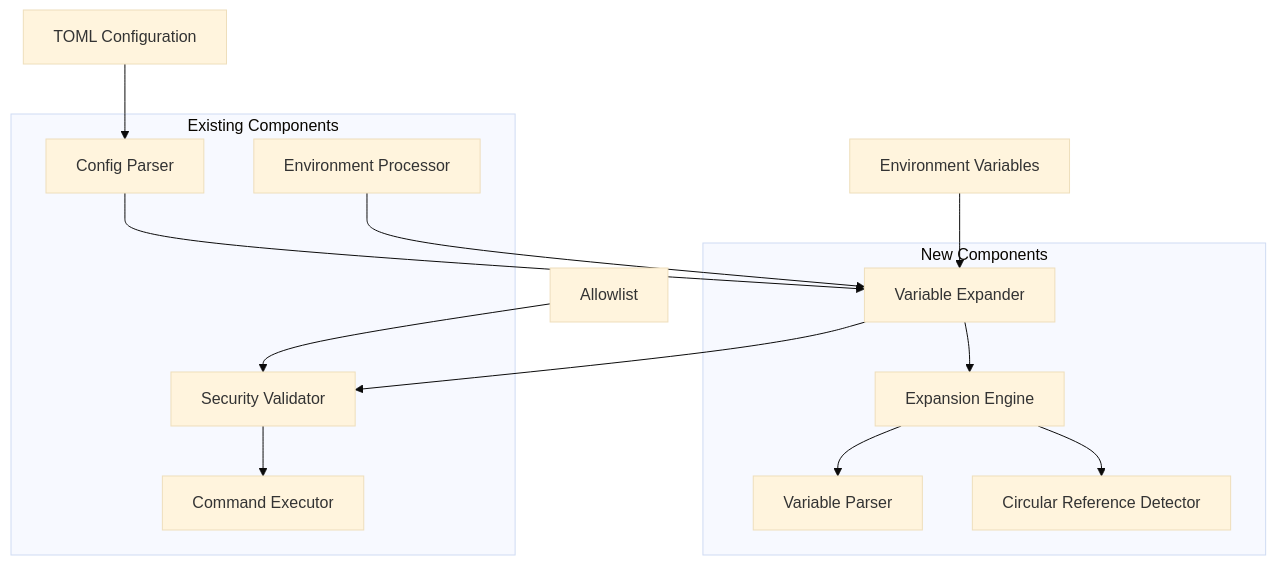
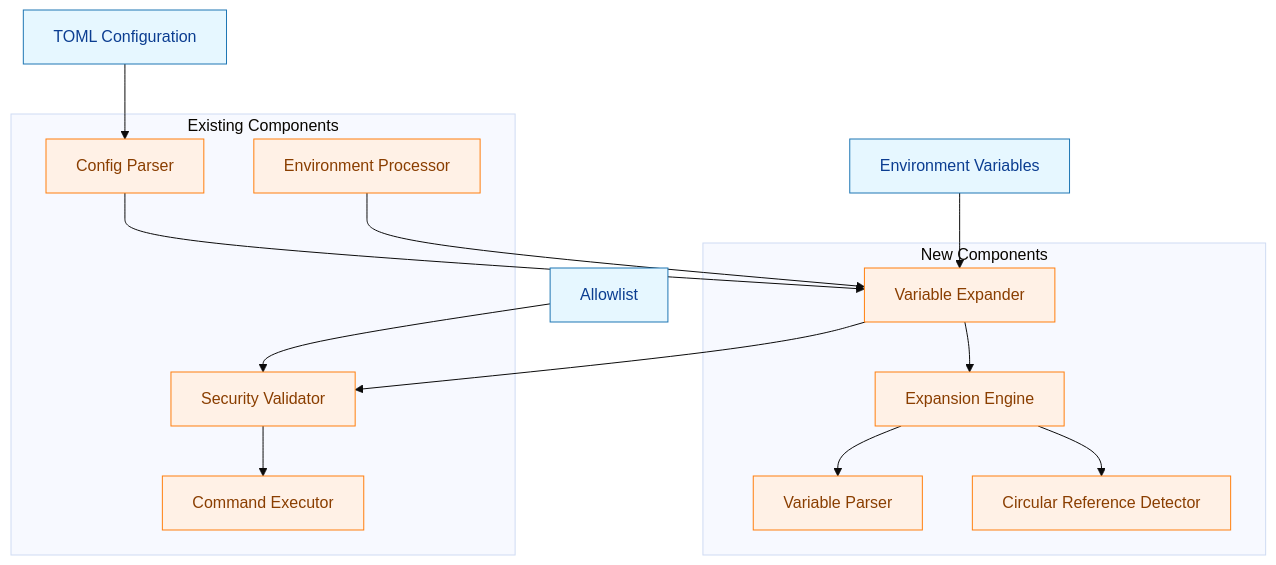
One commit to isseis/go-safe-cmd-runner changed the first of 7 diagrams in docs/tasks/0026_variable_expansion/02_architecture.md. Above: the diagram before and after it, drawn with Mermaid (base theme). The commit also changed other lines of this file, not shown here.

First line of the commit message:
docs: add legend and color-coded Mermaid diagrams for data vs process

````diff
--- a/docs/tasks/0026_variable_expansion/02_architecture.md
+++ b/docs/tasks/0026_variable_expansion/02_architecture.md
@@ -21,29 +21,38 @@
 ```mermaid
+%% Color nodes: data vs process
 flowchart TD
+    classDef data fill:#e6f7ff,stroke:#1f77b4,stroke-width:1px,color:#0b3d91;
+    classDef process fill:#fff1e6,stroke:#ff7f0e,stroke-width:1px,color:#8a3e00;
+
     A[TOML Configuration] --> B[Config Parser]
     B --> C[Variable Expander]
     C --> D[Security Validator]
     D --> E[Command Executor]
 
     F[Environment Variables] --> C
     G[Allowlist] --> D
 
     subgraph "New Components"
         C
         H[Expansion Engine]
         I[Variable Parser]
         J[Circular Reference Detector]
     end
 
     subgraph "Existing Components"
         B
         D
         E
         K[Environment Processor]
     end
 
     C --> H
     H --> I
     H --> J
     K --> C
+
+    %% Assign classes: data nodes vs process nodes
+    class A,F,G data;
+    class B,C,H,I,J,D,E,K process;
+
 ```
````
